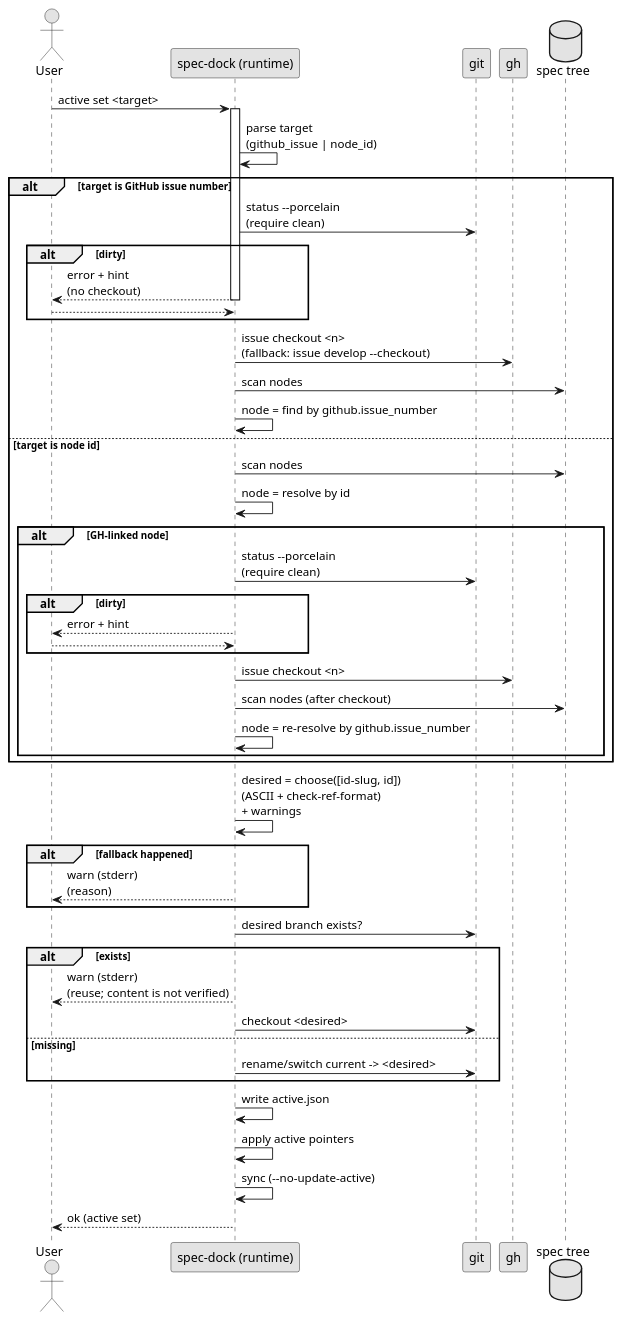
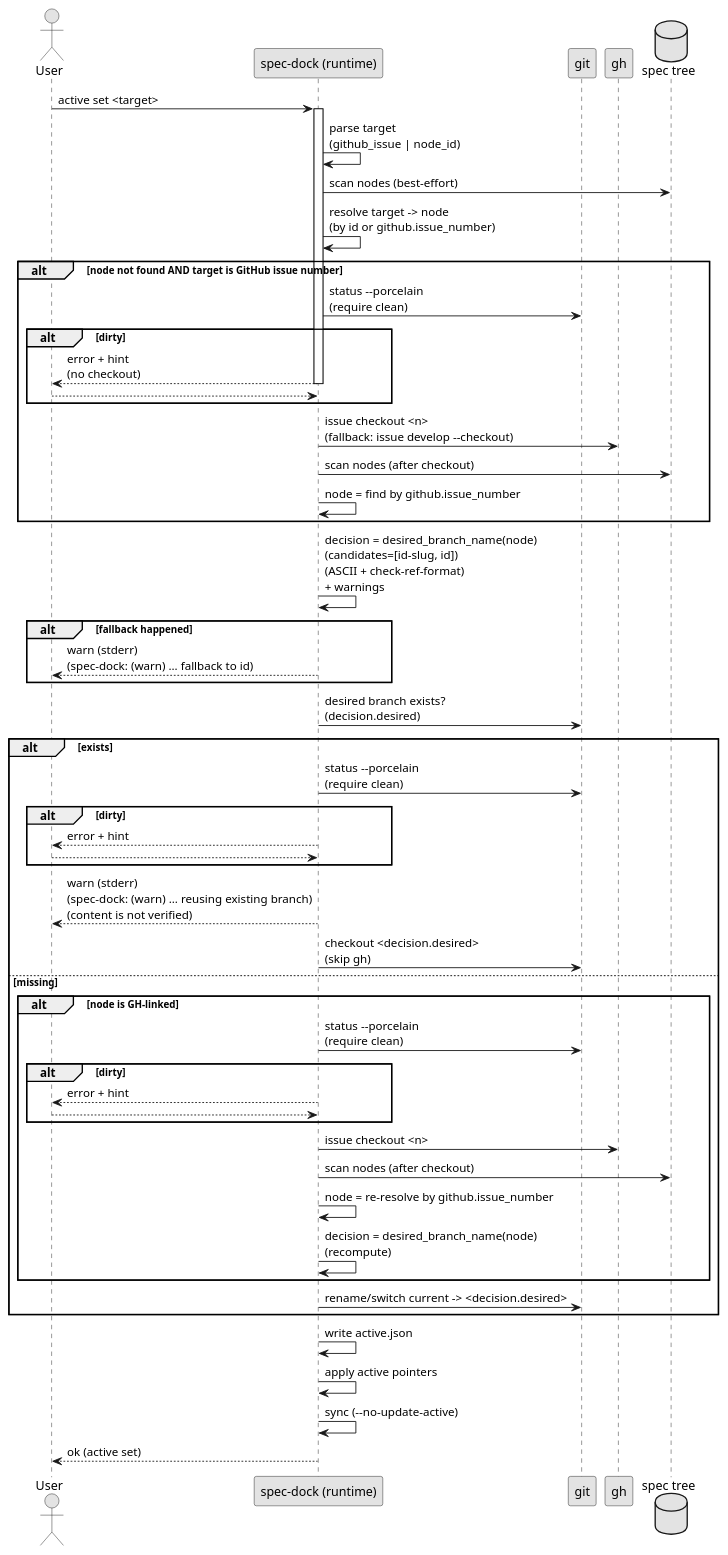
One commit to chemitaro/spec-dock changed the first of 8 diagrams in tmp/issue-5/design.md. Above: the diagram before and after it, drawn with PlantUML. The commit also changed other lines of this file and 1 other file, not shown here.

Commit message:
docs(issue-5): issue-5の設計要件をslug検証と警告仕様へ更新 - 最終更新日を更新し、既存`_validate_slug`を温存したまま入力専用バリデータ追加方針を明記 - branch決定フローを再定義し、checkout/再scan条件と既存ブランチ再利用時の挙動を仕様化 - warning の出力を `spec-dock: (warn)` 形式に統一し、AC/IFに含める安定トークンを追記

````diff
--- a/tmp/issue-5/design.md
+++ b/tmp/issue-5/design.md
@@ -76,61 +77,67 @@
 ```plantuml
 @startuml
 skinparam monochrome true
 
 actor User
 participant "spec-dock (runtime)" as Script
 participant "git" as Git
 participant "gh" as GH
 database "spec tree" as FS
 
 User -> Script: active set <target>
 activate Script
 
 Script -> Script: parse target\n(github_issue | node_id)
+Script -> FS: scan nodes (best-effort)
+Script -> Script: resolve target -> node\n(by id or github.issue_number)
 
-alt target is GitHub issue number
+alt node not found AND target is GitHub issue number
   Script -> Git: status --porcelain\n(require clean)
   alt dirty
     Script --> User: error + hint\n(no checkout)
     deactivate Script
     return
   end
   Script -> GH: issue checkout <n>\n(fallback: issue develop --checkout)
-  Script -> FS: scan nodes
+  Script -> FS: scan nodes (after checkout)
   Script -> Script: node = find by github.issue_number
-else target is node id
-  Script -> FS: scan nodes
-  Script -> Script: node = resolve by id
-  alt GH-linked node
+end
+
+Script -> Script: decision = desired_branch_name(node)\n(candidates=[id-slug, id])\n(ASCII + check-ref-format)\n+ warnings
+alt fallback happened
+  Script --> User: warn (stderr)\n(spec-dock: (warn) ... fallback to id)
+end
+
+Script -> Git: desired branch exists?\n(decision.desired)
+alt exists
+  Script -> Git: status --porcelain\n(require clean)
+  alt dirty
+    Script --> User: error + hint
+    deactivate Script
+    return
+  end
+  Script --> User: warn (stderr)\n(spec-dock: (warn) ... reusing existing branch)\n(content is not verified)
+  Script -> Git: checkout <decision.desired>\n(skip gh)
+else missing
+  alt node is GH-linked
     Script -> Git: status --porcelain\n(require clean)
     alt dirty
       Script --> User: error + hint
       deactivate Script
       return
     end
     Script -> GH: issue checkout <n>
     Script -> FS: scan nodes (after checkout)
     Script -> Script: node = re-resolve by github.issue_number
+    Script -> Script: decision = desired_branch_name(node)\n(recompute)
   end
-end
-
-Script -> Script: desired = choose([id-slug, id])\n(ASCII + check-ref-format)\n+ warnings
-alt fallback happened
-  Script --> User: warn (stderr)\n(reason)
-end
-
-Script -> Git: desired branch exists?
-alt exists
-  Script --> User: warn (stderr)\n(reuse; content is not verified)
-  Script -> Git: checkout <desired>
-else missing
-  Script -> Git: rename/switch current -> <desired>
+  Script -> Git: rename/switch current -> <decision.desired>
 end
 
 Script -> Script: write active.json
 Script -> Script: apply active pointers
 Script -> Script: sync (--no-update-active)
 Script --> User: ok (active set)
 deactivate Script
 @enduml
 ```
````
